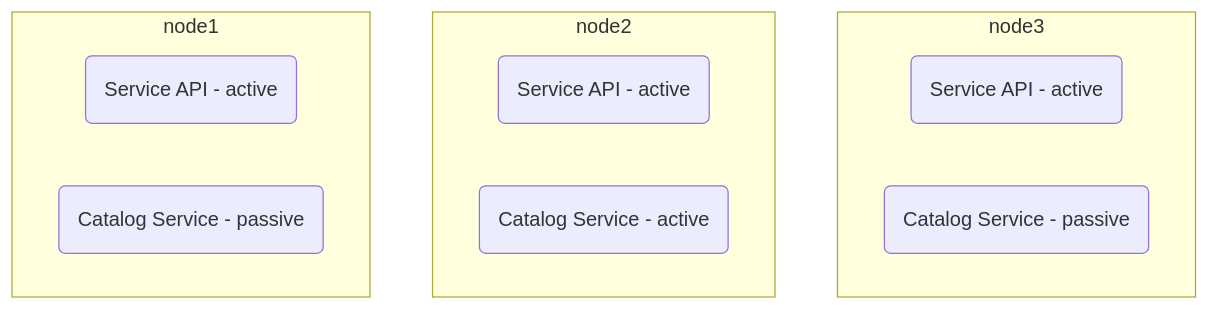
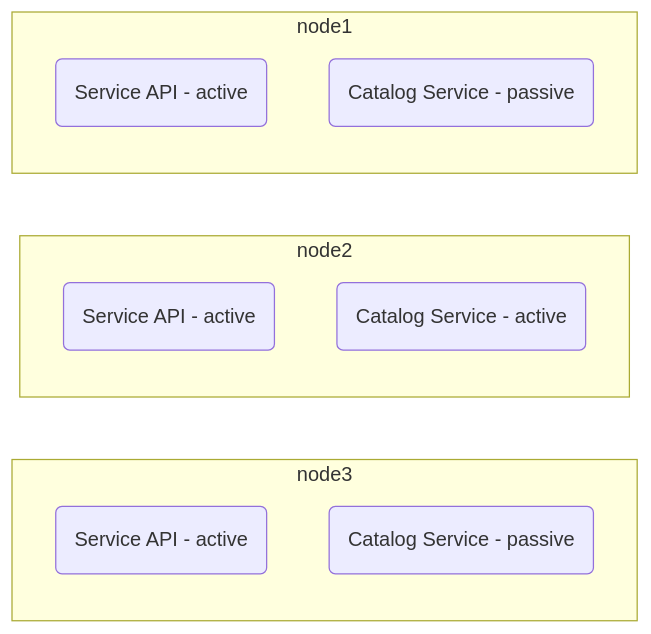
Before and after one commit to padamshrestha/blog: the seventh of 8 diagrams in docs/home/starting-azure-service-fabric.md, drawn with Mermaid. The commit also changed other lines of this file, not shown here.

````diff
--- a/docs/home/starting-azure-service-fabric.md
+++ b/docs/home/starting-azure-service-fabric.md
@@ -506,12 +506,12 @@
 ```mermaid
-graph TB
+graph LR
     subgraph node3
         a(Service API - active) & b(Catalog Service - passive)
     end
     subgraph node2
         c(Service API - active) & d(Catalog Service - active)
     end
     subgraph node1
         e(Service API - active) & f(Catalog Service - passive)
     end
 ```
````
